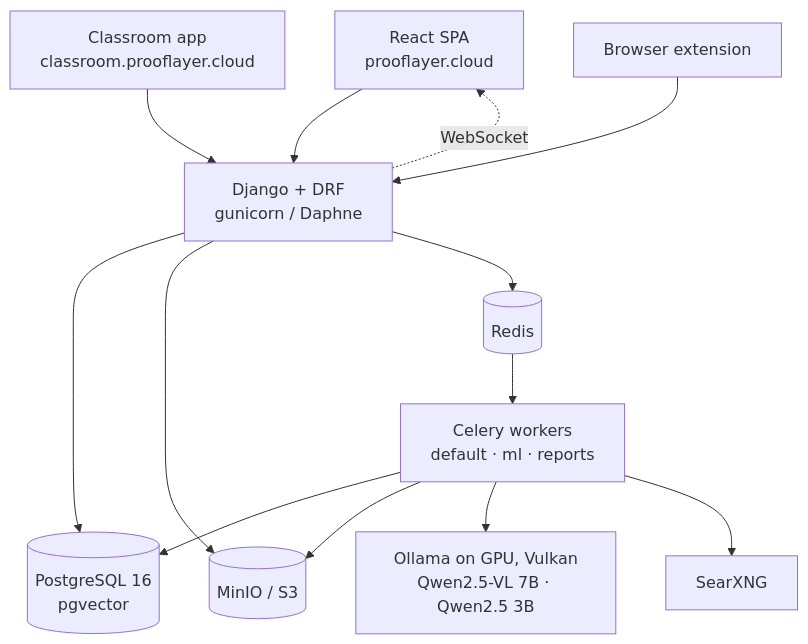
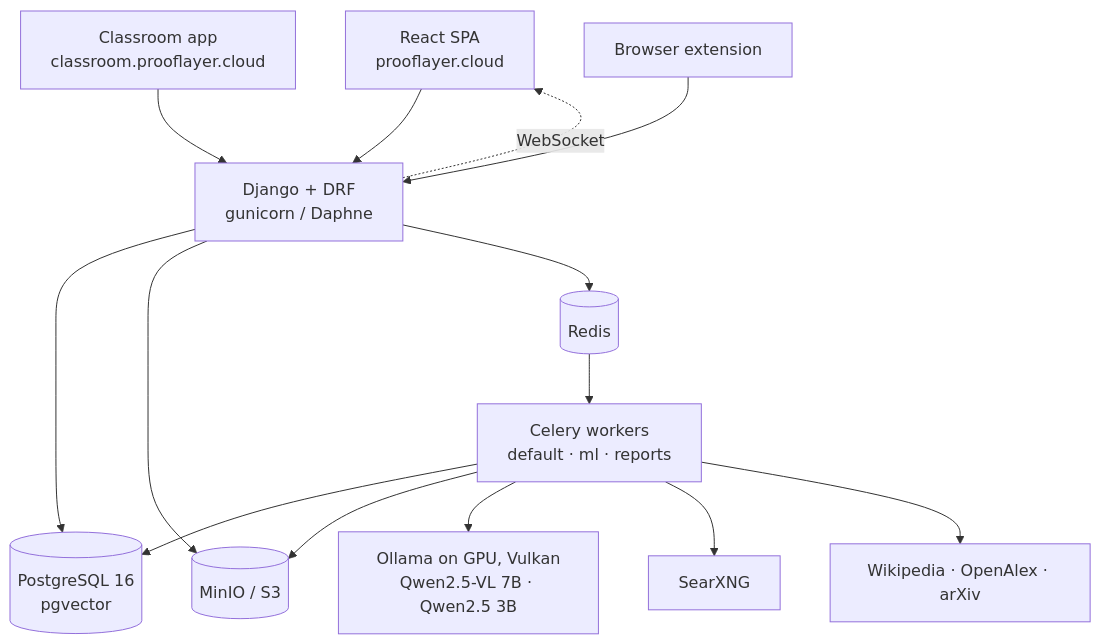
One commit to jeezdredd/prooflayer changed the second of 2 diagrams in README.md. Above: the diagram before and after it, drawn with Mermaid. The commit also changed other lines of this file and 5 other files, not shown here.

````diff
--- a/README.md
+++ b/README.md
@@ -167,15 +167,16 @@
 ```mermaid
 flowchart TB
     SPA[React SPA<br/>prooflayer.cloud] --> API
     CLS[Classroom app<br/>classroom.prooflayer.cloud] --> API
     EXT[Browser extension] --> API
     API[Django + DRF<br/>gunicorn / Daphne] --> PG[(PostgreSQL 16<br/>pgvector)]
     API --> S3[(MinIO / S3)]
     API --> R[(Redis)]
     R --> W[Celery workers<br/>default · ml · reports]
     W --> PG
     W --> S3
     W --> OL[Ollama on GPU, Vulkan<br/>Qwen2.5-VL 7B · Qwen2.5 3B]
     W --> SX[SearXNG]
+    W --> AC[Wikipedia · OpenAlex · arXiv]
     API -. WebSocket .-> SPA
 ```
````
